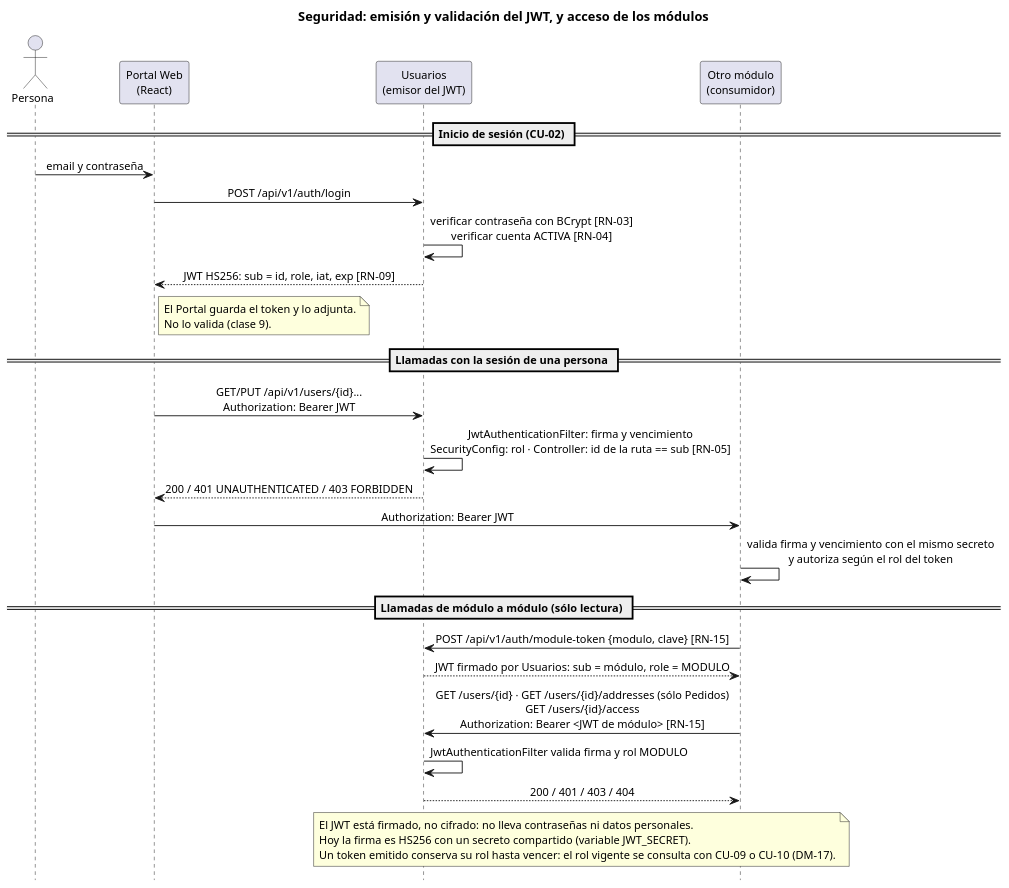
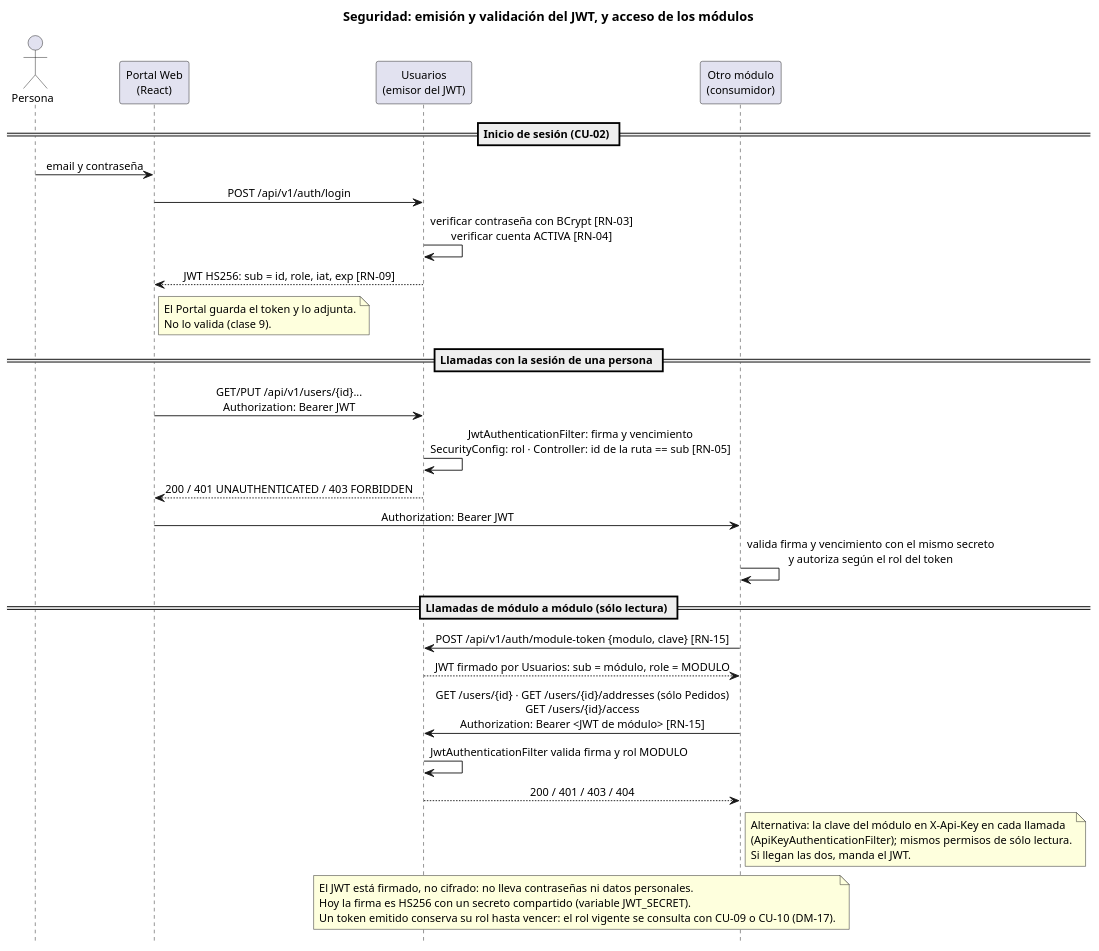
The diagram in doc/Diagramas/seguridad.puml (CarlaGorgal2002/deliverygo-usuarios-auth), drawn with PlantUML before and after one commit. The commit also changed 25 other files, not shown here.

First line of the commit message:
feat: Usuarios acepta el JWT de módulo y también X-Api-Key

```diff
--- a/doc/Diagramas/seguridad.puml
+++ b/doc/Diagramas/seguridad.puml
@@ -1,41 +1,46 @@
 @startuml seguridad
 skinparam dpi 120
 skinparam shadowing false
 skinparam defaultFontName Arial
 skinparam defaultFontSize 12
 skinparam sequenceMessageAlign center
 hide footbox
 title Seguridad: emisión y validación del JWT, y acceso de los módulos
 
 actor Persona as P
 participant "Portal Web\n(React)" as W
 participant "Usuarios\n(emisor del JWT)" as U
 participant "Otro módulo\n(consumidor)" as M
 
 == Inicio de sesión (CU-02) ==
 P -> W : email y contraseña
 W -> U : POST /api/v1/auth/login
 U -> U : verificar contraseña con BCrypt [RN-03]\nverificar cuenta ACTIVA [RN-04]
 U --> W : JWT HS256: sub = id, role, iat, exp [RN-09]
 note right of W : El Portal guarda el token y lo adjunta.\nNo lo valida (clase 9).
 
 == Llamadas con la sesión de una persona ==
 W -> U : GET/PUT /api/v1/users/{id}...\nAuthorization: Bearer JWT
 U -> U : JwtAuthenticationFilter: firma y vencimiento\nSecurityConfig: rol · Controller: id de la ruta == sub [RN-05]
 U --> W : 200 / 401 UNAUTHENTICATED / 403 FORBIDDEN
 W -> M : Authorization: Bearer JWT
 M -> M : valida firma y vencimiento con el mismo secreto\ny autoriza según el rol del token
 
 == Llamadas de módulo a módulo (sólo lectura) ==
 M -> U : POST /api/v1/auth/module-token {modulo, clave} [RN-15]
 U --> M : JWT firmado por Usuarios: sub = módulo, role = MODULO
 M -> U : GET /users/{id} · GET /users/{id}/addresses (sólo Pedidos)\nGET /users/{id}/access\nAuthorization: Bearer <JWT de módulo> [RN-15]
 U -> U : JwtAuthenticationFilter valida firma y rol MODULO
 U --> M : 200 / 401 / 403 / 404
+note right of M
+  Alternativa: la clave del módulo en X-Api-Key en cada llamada
+  (ApiKeyAuthenticationFilter); mismos permisos de sólo lectura.
+  Si llegan las dos, manda el JWT.
+end note
 
 note over U, M
   El JWT está firmado, no cifrado: no lleva contraseñas ni datos personales.
   Hoy la firma es HS256 con un secreto compartido (variable JWT_SECRET).
   Un token emitido conserva su rol hasta vencer: el rol vigente se consulta con CU-09 o CU-10 (DM-17).
 end note
 @enduml
```
